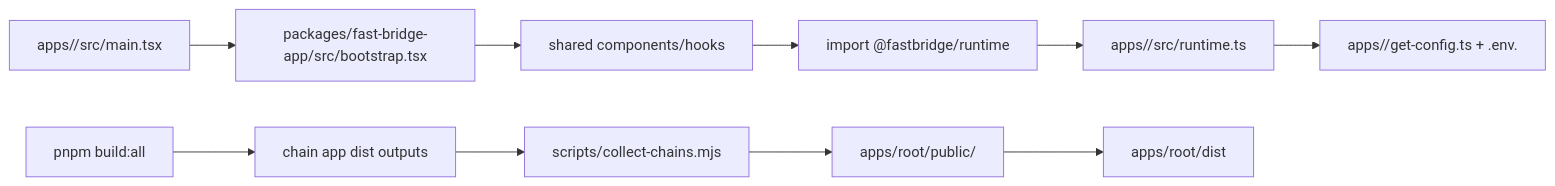
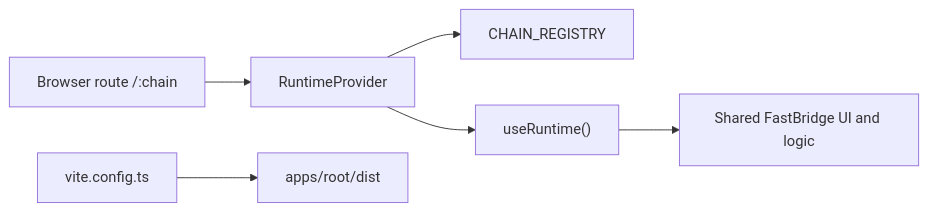
Before and after one commit to availproject/nexus-fast-bridge: the diagram in docs/architecture.md, drawn with Mermaid. The commit also changed other lines of this file and 12 other files, not shown here.

````diff
--- a/docs/architecture.md
+++ b/docs/architecture.md
@@ -117,13 +13,8 @@
 ```mermaid
 flowchart LR
-  A["apps/<slug>/src/main.tsx"] --> B["packages/fast-bridge-app/src/bootstrap.tsx"]
-  B --> C["shared components/hooks"]
-  C --> D["import @fastbridge/runtime"]
-  D --> E["apps/<slug>/src/runtime.ts"]
-  E --> F["apps/<slug>/get-config.ts + .env.<slug>"]
-
-  G["pnpm build:all"] --> H["chain app dist outputs"]
-  H --> I["scripts/collect-chains.mjs"]
-  I --> J["apps/root/public/<slug>"]
-  J --> K["apps/root/dist"]
+  A["Browser route /:chain"] --> B["RuntimeProvider"]
+  B --> C["CHAIN_REGISTRY"]
+  B --> D["useRuntime()"]
+  D --> E["Shared FastBridge UI and logic"]
+  F["vite.config.ts"] --> G["apps/root/dist"]
 ```
````
